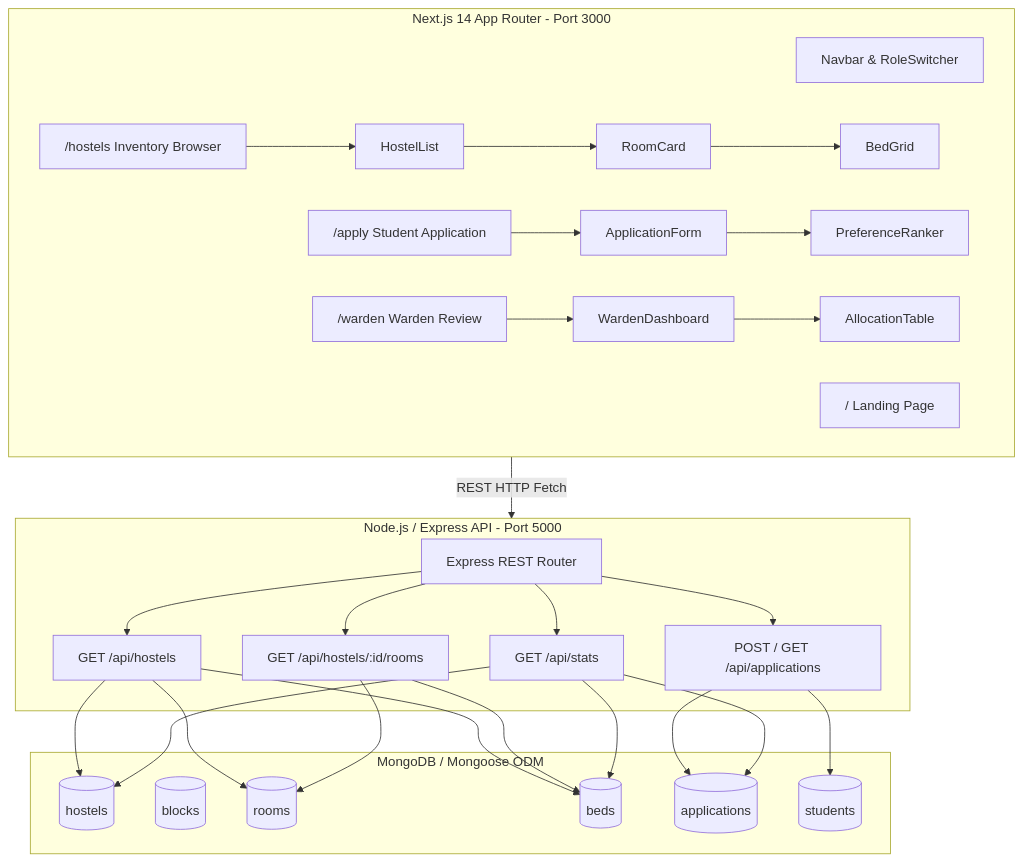
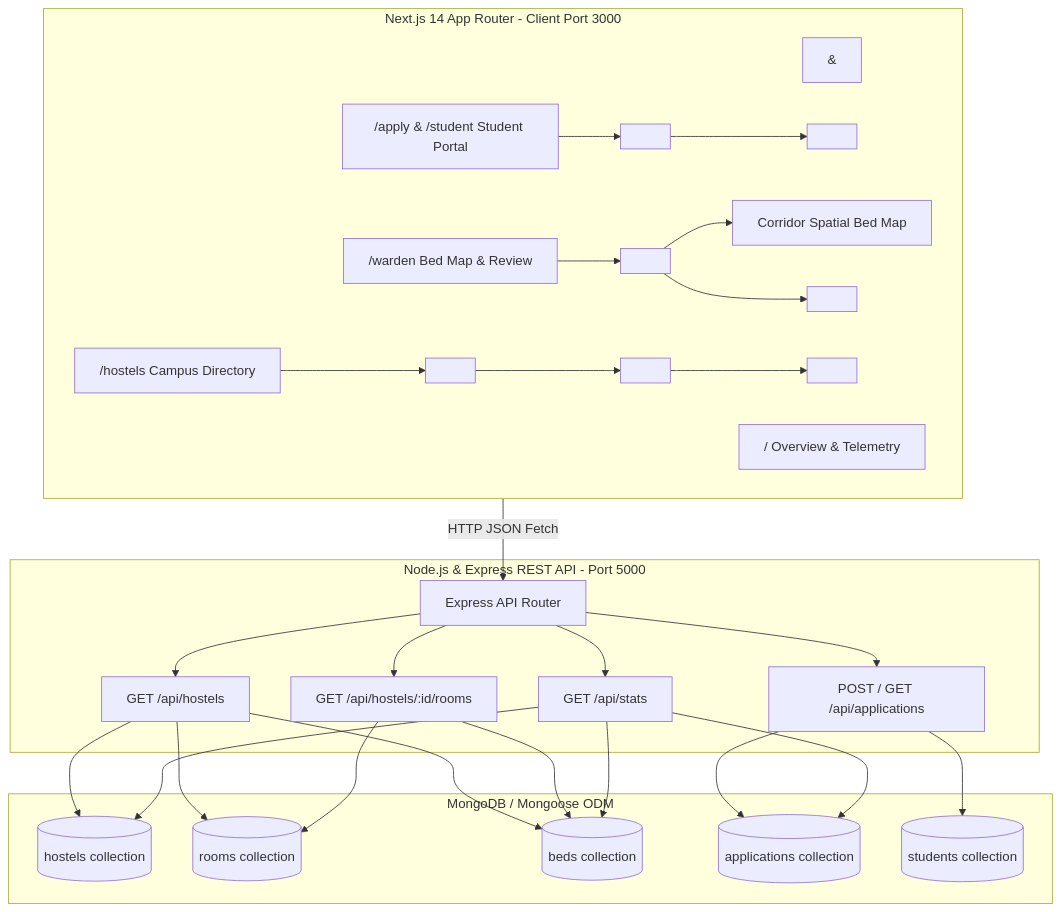
Before and after one commit to YashCoder-svg/HostelRoomAllocationCA: the diagram in README.md, drawn with Mermaid. The commit also changed other lines of this file and 1 other file, not shown here.

````diff
--- a/README.md
+++ b/README.md
@@ -39,37 +79,41 @@
 ```mermaid
 graph TD
-    subgraph Frontend [Next.js 14 App Router - Port 3000]
-        Nav[Navbar & RoleSwitcher]
-        Landing["/ Landing Page"]
-        Hostels["/hostels Inventory Browser"]
-        Apply["/apply Student Application"]
-        Warden["/warden Warden Review"]
+    subgraph Frontend [Next.js 14 App Router - Client Port 3000]
+        Nav["<Navbar /> & <RoleSwitcher />"]
+        Home["/ Overview & Telemetry"]
+        Student["/apply & /student Student Portal"]
+        Warden["/warden Bed Map & Review"]
+        Inventory["/hostels Campus Directory"]
 
-        Hostels --> HostelList --> RoomCard --> BedGrid
-        Apply --> ApplicationForm --> PreferenceRanker
-        Warden --> WardenDashboard --> AllocationTable
+        Student --> AppForm["<ApplicationForm />"]
+        AppForm --> PrefRanker["<PreferenceRanker />"]
+        Warden --> WardenDash["<WardenDashboard />"]
+        WardenDash --> BedMap["Corridor Spatial Bed Map"]
+        WardenDash --> AllocTable["<AllocationTable />"]
+        Inventory --> HostelList["<HostelList />"]
+        HostelList --> RoomCard["<RoomCard />"]
+        RoomCard --> BedGrid["<BedGrid />"]
     end
 
-    subgraph Backend [Node.js / Express API - Port 5000]
-        API[Express REST Router]
-        API --> HRoute["GET /api/hostels"]
-        API --> RRoute["GET /api/hostels/:id/rooms"]
-        API --> ARoute["POST / GET /api/applications"]
-        API --> SRoute["GET /api/stats"]
+    subgraph Backend [Node.js & Express REST API - Port 5000]
+        Router[Express API Router]
+        Router --> HRoute["GET /api/hostels"]
+        Router --> RRoute["GET /api/hostels/:id/rooms"]
+        Router --> ARoute["POST / GET /api/applications"]
+        Router --> SRoute["GET /api/stats"]
     end
 
     subgraph Database [MongoDB / Mongoose ODM]
-        HostelsCol[("hostels")]
-        BlocksCol[("blocks")]
-        RoomsCol[("rooms")]
-        BedsCol[("beds")]
-        AppsCol[("applications")]
-        StudentsCol[("students")]
+        HostelsCol[("hostels collection")]
+        RoomsCol[("rooms collection")]
+        BedsCol[("beds collection")]
+        AppsCol[("applications collection")]
+        StudentsCol[("students collection")]
     end
 
     HRoute --> HostelsCol & RoomsCol & BedsCol
     RRoute --> RoomsCol & BedsCol
     ARoute --> AppsCol & StudentsCol
     SRoute --> HostelsCol & BedsCol & AppsCol
-    Frontend -->|"REST HTTP Fetch"| Backend
+    Frontend -->|"HTTP JSON Fetch"| Router
 ```
````
